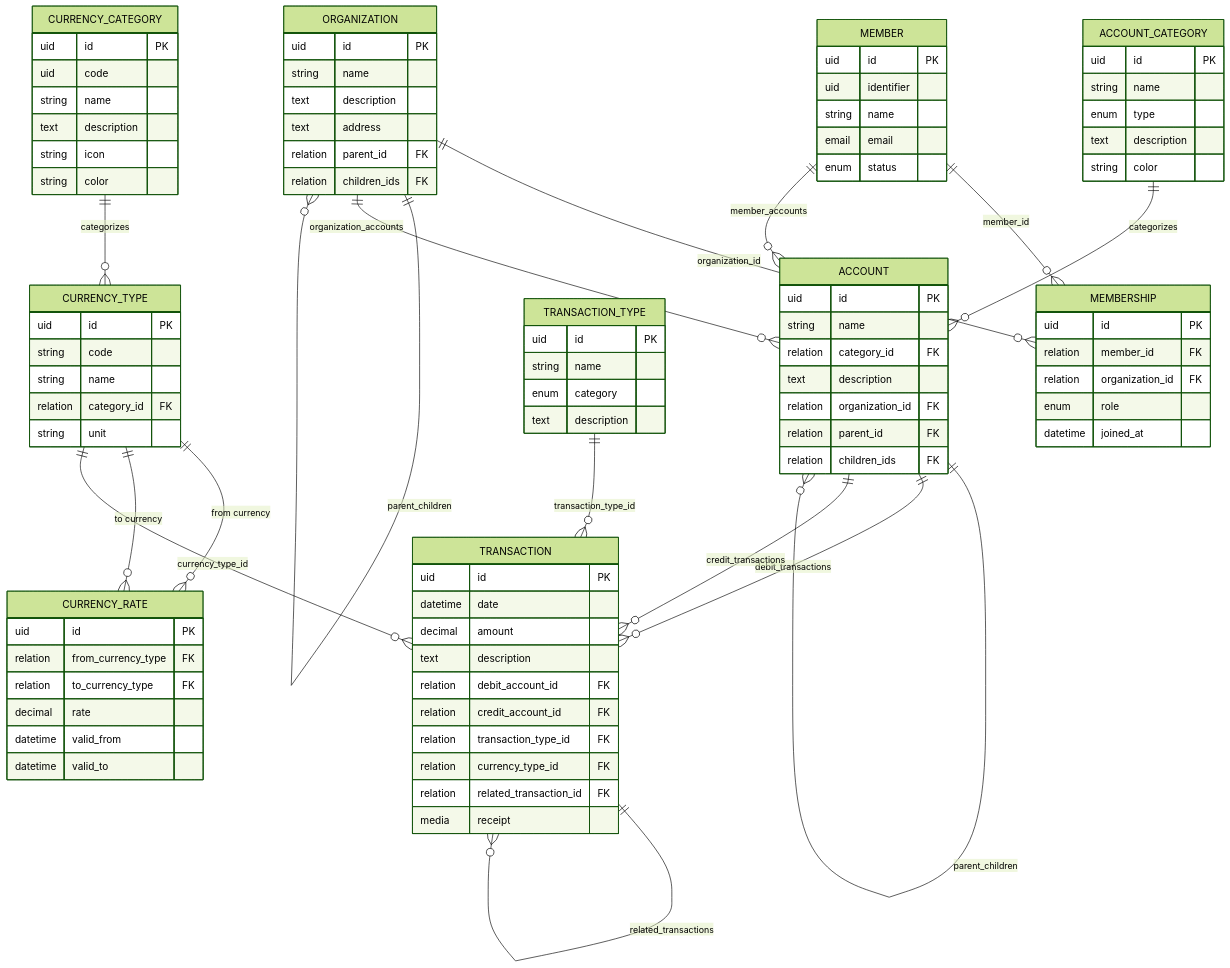
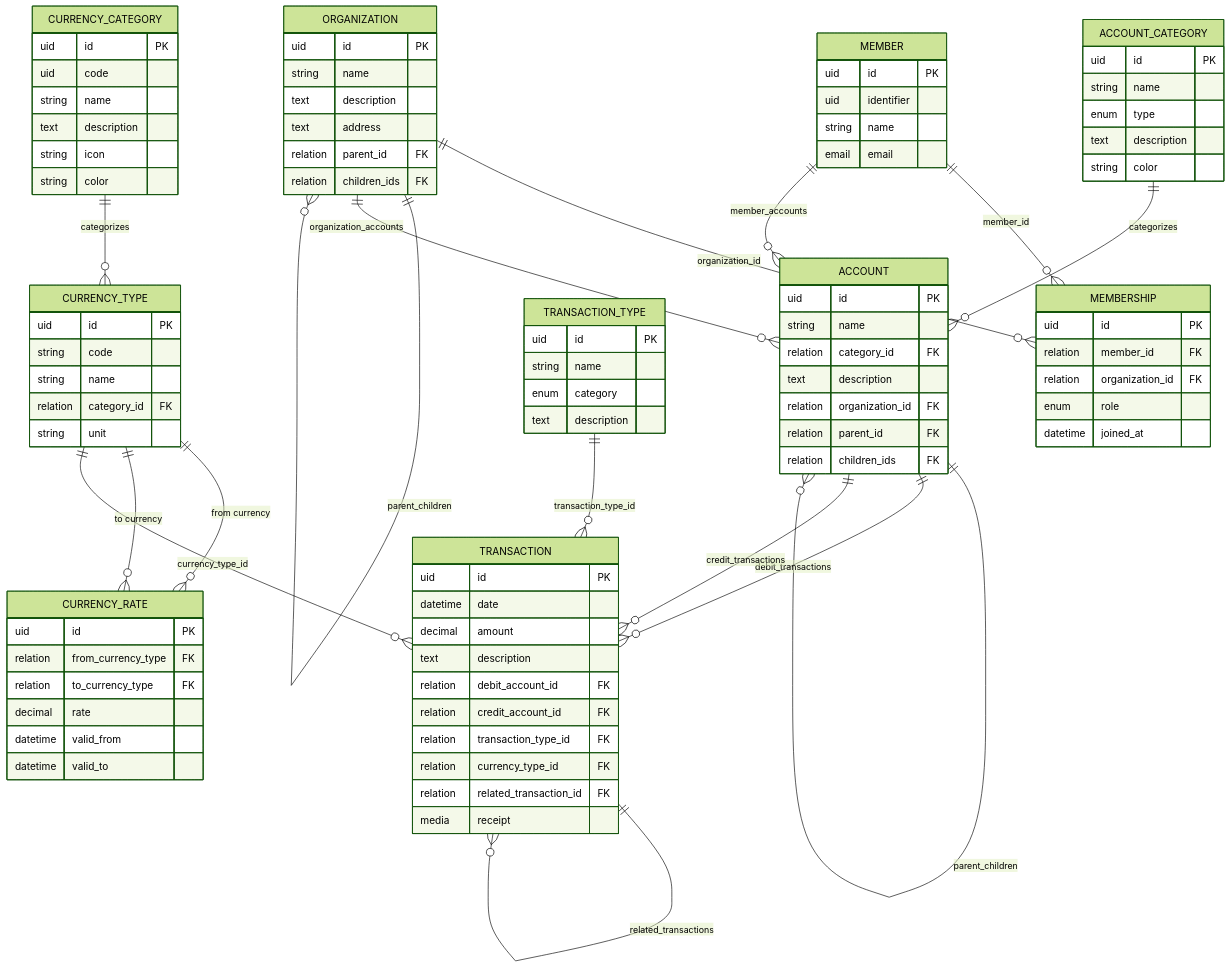
One commit to pitiboy/curr changed the diagram in docs/readme.md. Above: the diagram before and after it, drawn with Mermaid (forest theme). The commit also changed 4 other files, not shown here.

```diff
--- a/docs/readme.md
+++ b/docs/readme.md
@@ -42,7 +42,6 @@
         uid identifier
         string name
         email email
-        enum status
     }
 
     ORGANIZATION {
```
